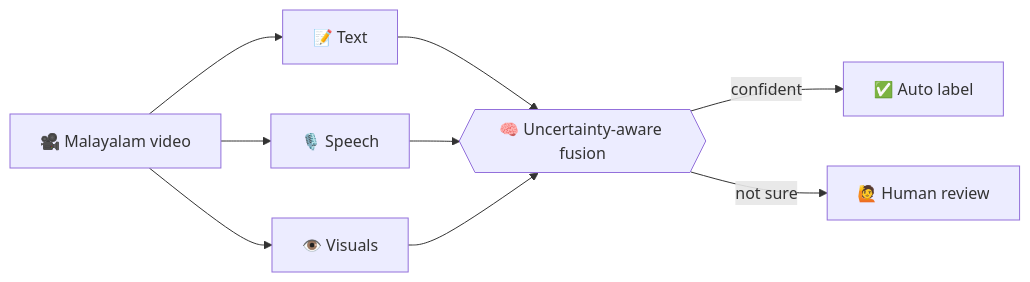
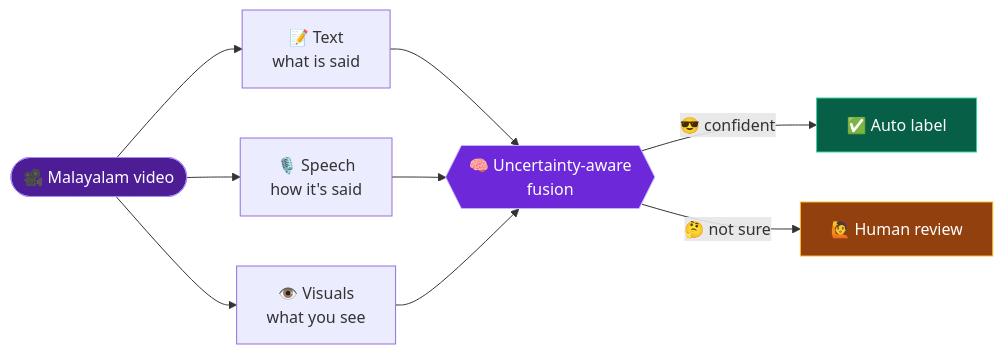
The first of 2 diagrams in README.md (balananujith/balananujith), drawn with Mermaid before and after one commit. The commit also changed other lines of this file, not shown here.

````diff
--- a/README.md
+++ b/README.md
@@ -41,11 +64,15 @@
 ```mermaid
 flowchart LR
-    A[🎥 Malayalam video] --> B[📝 Text]
-    A --> C[🎙️ Speech]
-    A --> D[👁️ Visuals]
-    B --> E{{🧠 Uncertainty-aware fusion}}
+    A(["🎥 Malayalam video"]) --> B["📝 Text<br/>what is said"]
+    A --> C["🎙️ Speech<br/>how it's said"]
+    A --> D["👁️ Visuals<br/>what you see"]
+    B --> E{{"🧠 Uncertainty-aware<br/>fusion"}}
     C --> E
     D --> E
-    E -->|confident| F[✅ Auto label]
-    E -->|not sure| G[🙋 Human review]
+    E -->|"😎 confident"| F["✅ Auto label"]
+    E -->|"🤔 not sure"| G["🙋 Human review"]
+    style A fill:#4c1d95,color:#fff,stroke:#a78bfa
+    style E fill:#6d28d9,color:#fff,stroke:#c4b5fd
+    style F fill:#065f46,color:#fff,stroke:#34d399
+    style G fill:#92400e,color:#fff,stroke:#fbbf24
 ```
````
